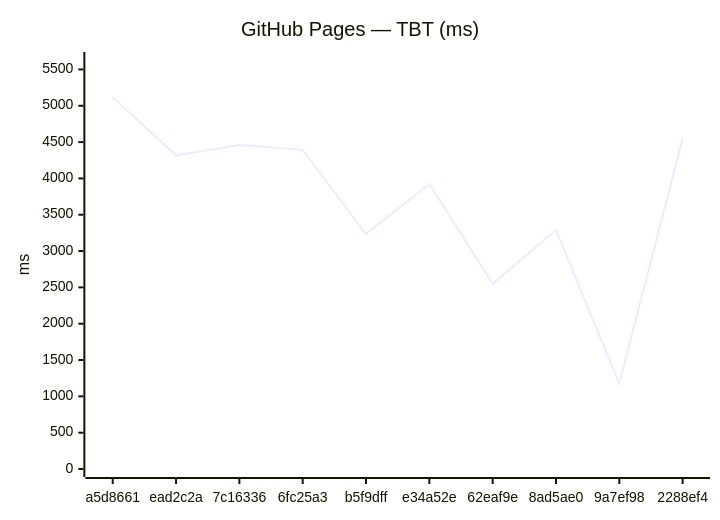
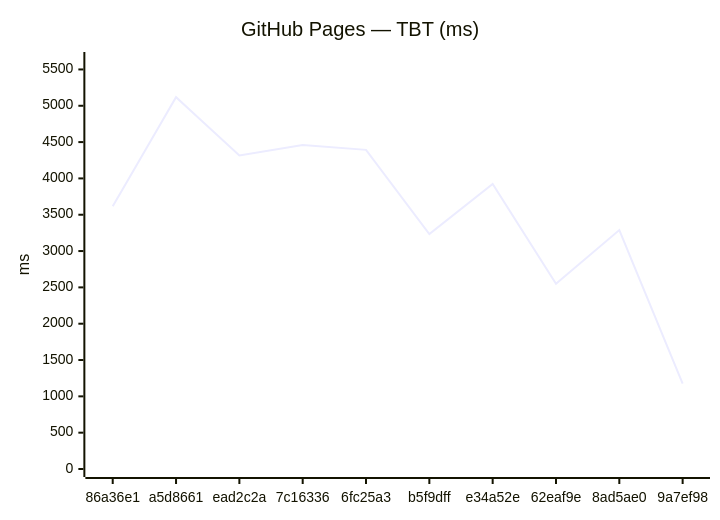
The fourth of 12 diagrams in benchmarks/compare.md (Metaheurist/Rianell), drawn with Mermaid before and after one commit. The commit also changed other lines of this file and 8 other files, not shown here.

````diff
--- a/benchmarks/compare.md
+++ b/benchmarks/compare.md
@@ -61,7 +61,7 @@
 ```mermaid
 xychart-beta
     title "GitHub Pages — TBT (ms)"
-    x-axis ["a5d8661", "ead2c2a", "7c16336", "6fc25a3", "b5f9dff", "e34a52e", "62eaf9e", "8ad5ae0", "9a7ef98", "2288ef4"]
+    x-axis ["86a36e1", "a5d8661", "ead2c2a", "7c16336", "6fc25a3", "b5f9dff", "e34a52e", "62eaf9e", "8ad5ae0", "9a7ef98"]
     y-axis "ms" 0 --> 5630
-    line [5118, 4315, 4460, 4393, 3233, 3925, 2549, 3289, 1175, 4558]
+    line [3617, 5118, 4315, 4460, 4393, 3233, 3925, 2549, 3289, 1175]
 ```
````
